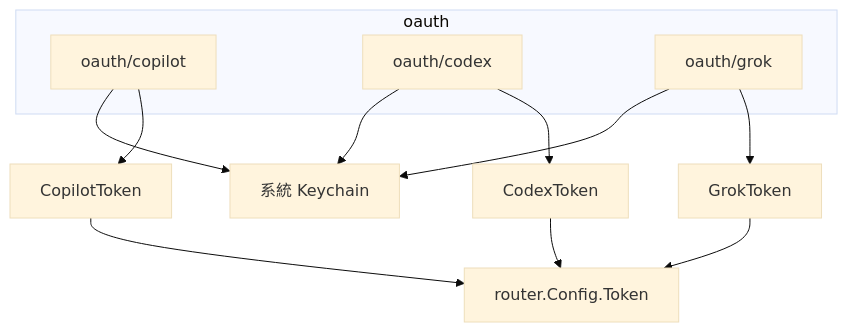
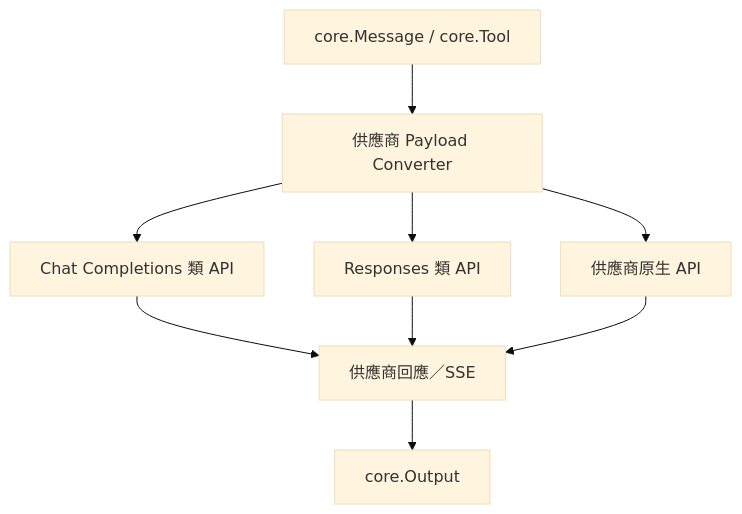
Before and after one commit to pardnchiu/go-llm-router: the fifth of 10 diagrams in doc/architecture.zh.md, drawn with Mermaid (base theme). The commit also changed other lines of this file and 3 other files, not shown here.

Commit message:
doc: Expand API and architecture documentation

````diff
--- a/doc/architecture.zh.md
+++ b/doc/architecture.zh.md
@@ -89,17 +196,19 @@
 ```mermaid
 graph TB
-    subgraph oauth
-        CopilotO[oauth/copilot]
-        CodexO[oauth/codex]
-        GrokO[oauth/grok]
-    end
-    CopilotO --> KC[系統 Keychain]
-    CodexO --> KC
-    GrokO --> KC
-    CopilotO --> CT[CopilotToken]
-    CodexO --> XT[CodexToken]
-    GrokO --> GT[GrokToken]
-    CT --> Router[router.Config.Token]
-    XT --> Router
-    GT --> Router
+    Core[core.Message / core.Tool]
+    Convert[供應商 Payload Converter]
+    Chat[Chat Completions 類 API]
+    Responses[Responses 類 API]
+    Native[供應商原生 API]
+    Result[供應商回應／SSE]
+    Output[core.Output]
+
+    Core --> Convert
+    Convert --> Chat
+    Convert --> Responses
+    Convert --> Native
+    Chat --> Result
+    Responses --> Result
+    Native --> Result
+    Result --> Output
 ```
````
